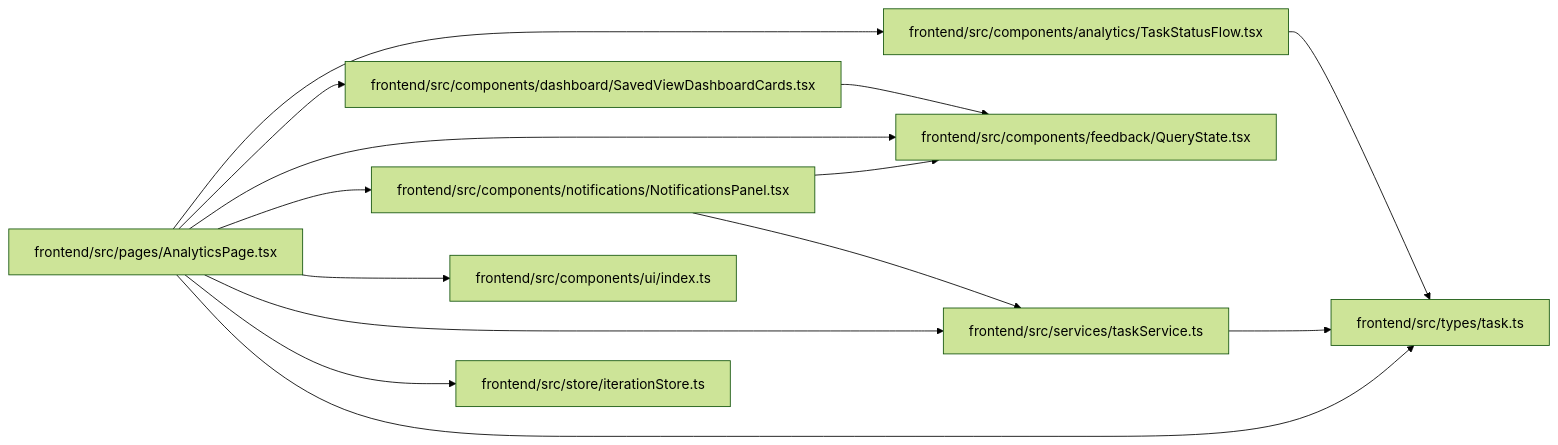
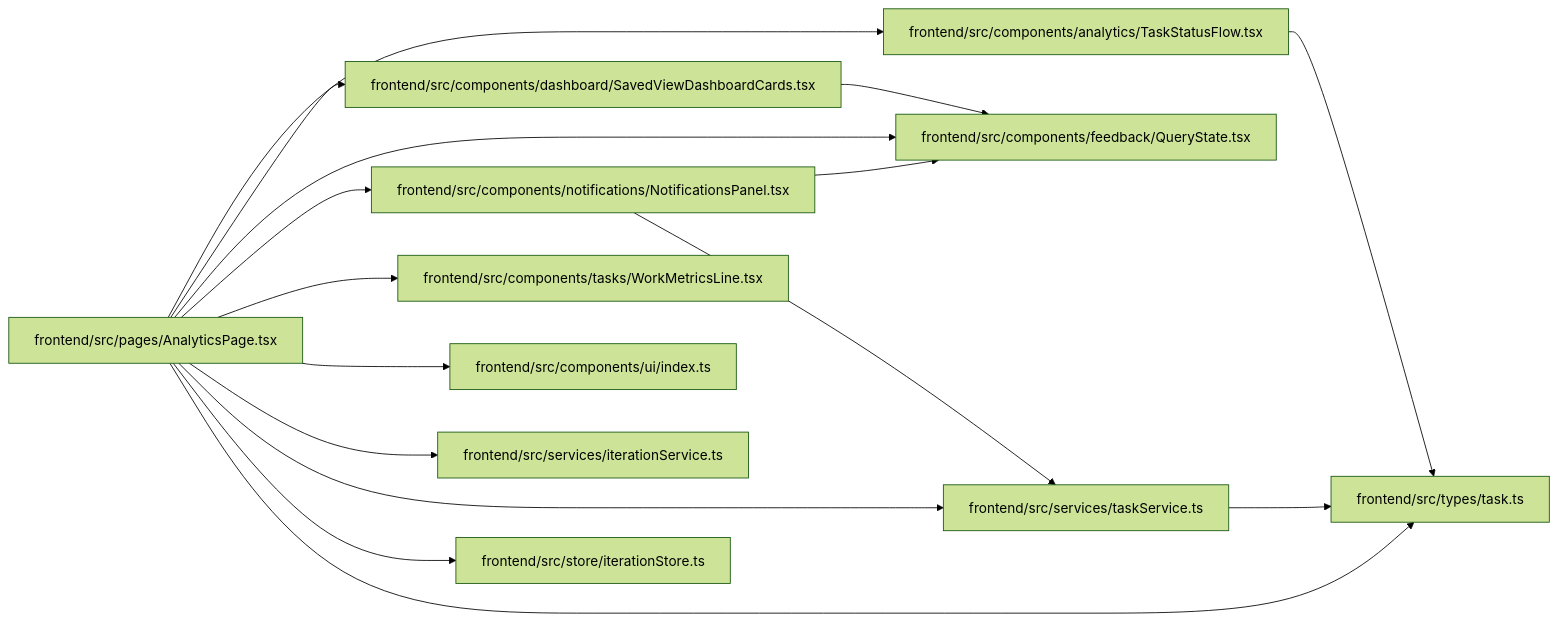
One commit to Denissvgn/WorkChord changed the diagram in docs/llm_wiki/modules/AnalyticsPage.md. Above: the diagram before and after it, drawn with Mermaid (forest theme). The commit also changed other lines of this file and 958 other files, not shown here.

First line of the commit message:
docs(wiki): refresh identity and recovery architecture

````diff
--- a/docs/llm_wiki/modules/AnalyticsPage.md
+++ b/docs/llm_wiki/modules/AnalyticsPage.md
@@ -34,34 +36,40 @@
 ```mermaid
 flowchart LR
     n0["frontend/src/components/analytics/TaskStatusFlow.tsx"]
     n1["frontend/src/components/dashboard/SavedViewDashboardCards.tsx"]
     n2["frontend/src/components/feedback/QueryState.tsx"]
     n3["frontend/src/components/notifications/NotificationsPanel.tsx"]
-    n4["frontend/src/components/ui/index.ts"]
-    n5["frontend/src/pages/AnalyticsPage.tsx"]
-    n6["frontend/src/services/taskService.ts"]
-    n7["frontend/src/store/iterationStore.ts"]
-    n8["frontend/src/types/task.ts"]
-    n0 --> n8
+    n4["frontend/src/components/tasks/WorkMetricsLine.tsx"]
+    n5["frontend/src/components/ui/index.ts"]
+    n6["frontend/src/pages/AnalyticsPage.tsx"]
+    n7["frontend/src/services/iterationService.ts"]
+    n8["frontend/src/services/taskService.ts"]
+    n9["frontend/src/store/iterationStore.ts"]
+    n10["frontend/src/types/task.ts"]
+    n0 --> n10
     n1 --> n2
     n3 --> n2
-    n3 --> n6
-    n5 --> n0
-    n5 --> n1
-    n5 --> n2
-    n5 --> n3
-    n5 --> n4
-    n5 --> n6
-    n5 --> n7
-    n5 --> n8
+    n3 --> n8
+    n6 --> n0
+    n6 --> n1
+    n6 --> n2
+    n6 --> n3
+    n6 --> n4
+    n6 --> n5
+    n6 --> n7
     n6 --> n8
+    n6 --> n9
+    n6 --> n10
+    n8 --> n10
     click n0 "../modules/TaskStatusFlow.md"
     click n1 "../modules/SavedViewDashboardCards.md"
     click n2 "../modules/QueryState.md"
     click n3 "../modules/NotificationsPanel.md"
-    click n4 "../modules/index.md"
-    click n5 "../modules/AnalyticsPage.md"
-    click n6 "../modules/taskService.md"
-    click n7 "../modules/iterationStore.md"
-    click n8 "../modules/types_task.md"
+    click n4 "../modules/WorkMetricsLine.md"
+    click n5 "../modules/index.md"
+    click n6 "../modules/AnalyticsPage.md"
+    click n7 "../modules/iterationService.md"
+    click n8 "../modules/taskService.md"
+    click n9 "../modules/iterationStore.md"
+    click n10 "../modules/types_task.md"
 ```
````
